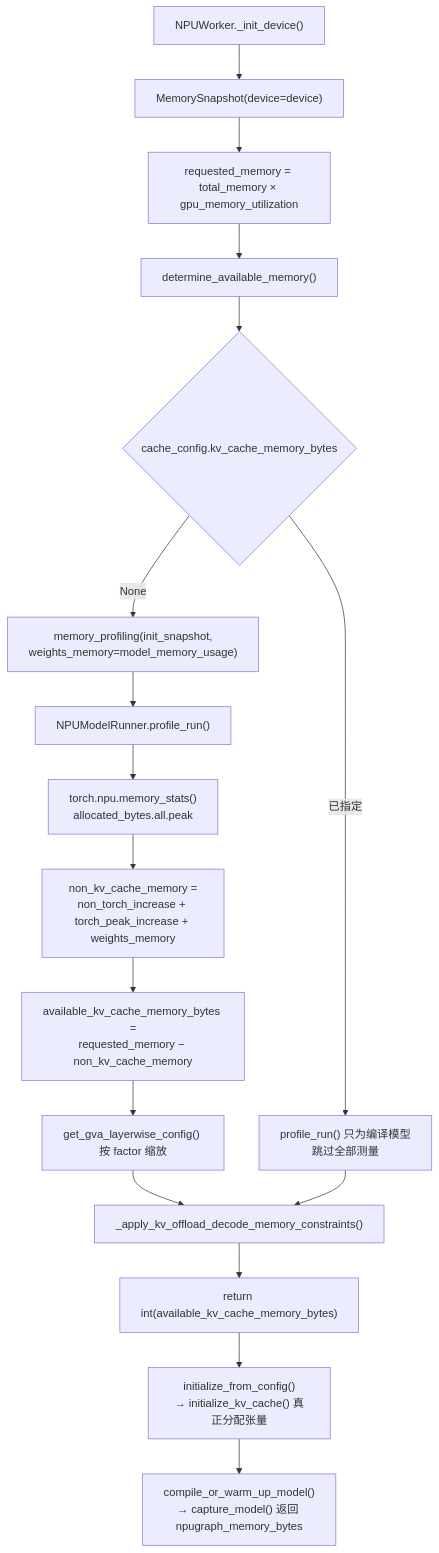
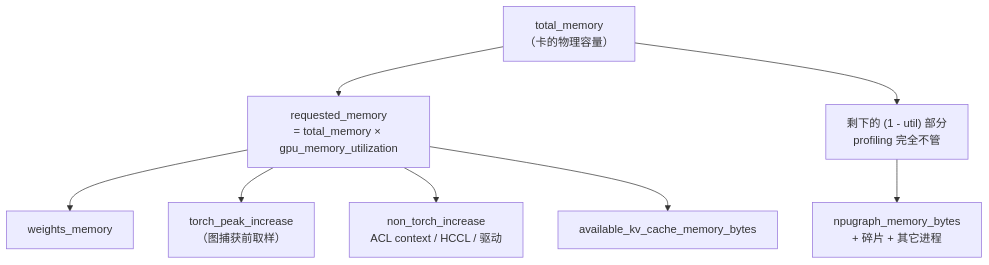
One commit to BailanCaptain/infer-lab changed the second of 2 diagrams in wiki/concepts/kv-cache-memory-profiling.md. Above: the diagram before and after it, drawn with Mermaid. The commit also changed other lines of this file and 30 other files, not shown here.

First line of the commit message:
feat(F001): 11 页按图重写完成——答案从读一页变成读四页并按关系组织

````diff
--- a/wiki/concepts/kv-cache-memory-profiling.md
+++ b/wiki/concepts/kv-cache-memory-profiling.md
@@ -59,19 +104,10 @@
 ```mermaid
-flowchart TD
-    A["NPUWorker._init_device()"] --> B["MemorySnapshot(device=device)"]
-    B --> C["requested_memory = total_memory × gpu_memory_utilization"]
-    C --> G0["determine_available_memory()"]
-    G0 --> D{"cache_config.kv_cache_memory_bytes"}
-    D -- "已指定" --> E["profile_run() 只为编译模型<br/>跳过全部测量"]
-    D -- "None" --> G["memory_profiling(init_snapshot,<br/>weights_memory=model_memory_usage)"]
-    G --> H["NPUModelRunner.profile_run()"]
-    H --> I["torch.npu.memory_stats()<br/>allocated_bytes.all.peak"]
-    I --> J["non_kv_cache_memory =<br/>non_torch_increase + torch_peak_increase + weights_memory"]
-    J --> K["available_kv_cache_memory_bytes =<br/>requested_memory − non_kv_cache_memory"]
-    K --> L["get_gva_layerwise_config() 按 factor 缩放"]
-    L --> F["_apply_kv_offload_decode_memory_constraints()"]
-    E --> F
-    F --> M["return int(available_kv_cache_memory_bytes)"]
-    M --> N["initialize_from_config()<br/>→ initialize_kv_cache() 真正分配张量"]
-    N --> O["compile_or_warm_up_model()<br/>→ capture_model() 返回 npugraph_memory_bytes"]
+flowchart TB
+    T["total_memory<br/>（卡的物理容量）"] --> R["requested_memory<br/>= total_memory × gpu_memory_utilization"]
+    T --> S["剩下的 (1 - util) 部分<br/>profiling 完全不管"]
+    R --> W["weights_memory"]
+    R --> A["torch_peak_increase<br/>（图捕获前取样）"]
+    R --> N["non_torch_increase<br/>ACL context / HCCL / 驱动"]
+    R --> K["available_kv_cache_memory_bytes"]
+    S --> G["npugraph_memory_bytes<br/>+ 碎片 + 其它进程"]
 ```
````
